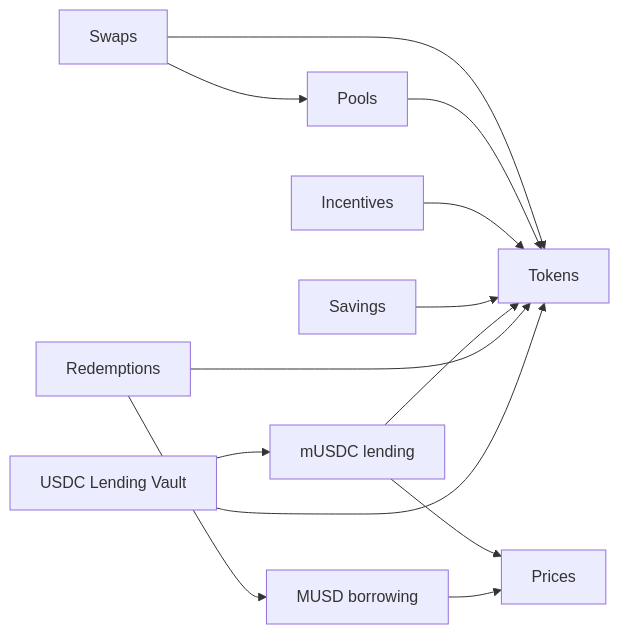
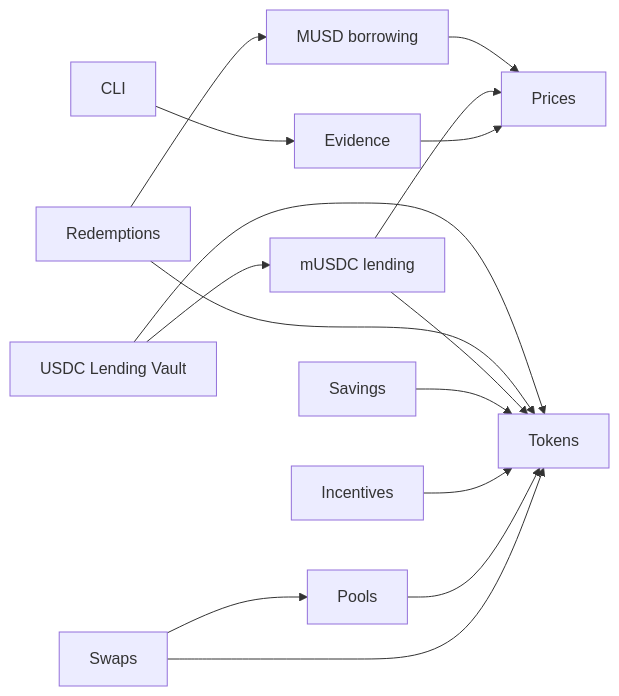
The second of 2 diagrams in ARCHITECTURE.md (mmga67/mezo-dev-kit), drawn with Mermaid before and after one commit. The commit also changed other lines of this file and 297 other files, not shown here.

````diff
--- a/ARCHITECTURE.md
+++ b/ARCHITECTURE.md
@@ -195,15 +196,17 @@
 ```mermaid
 flowchart LR
+  CLI --> Evidence
+  Evidence --> Prices
   Swaps --> Pools
   Swaps --> Tokens
   Pools --> Tokens
   Incentives --> Tokens
   Savings --> Tokens
   Lending["mUSDC lending"] --> Tokens
   Lending --> Prices
   Borrowing["MUSD borrowing"] --> Prices
   Redemptions --> Borrowing
   Redemptions --> Tokens
   Vault["USDC Lending Vault"] --> Lending
   Vault --> Tokens
 ```
````
